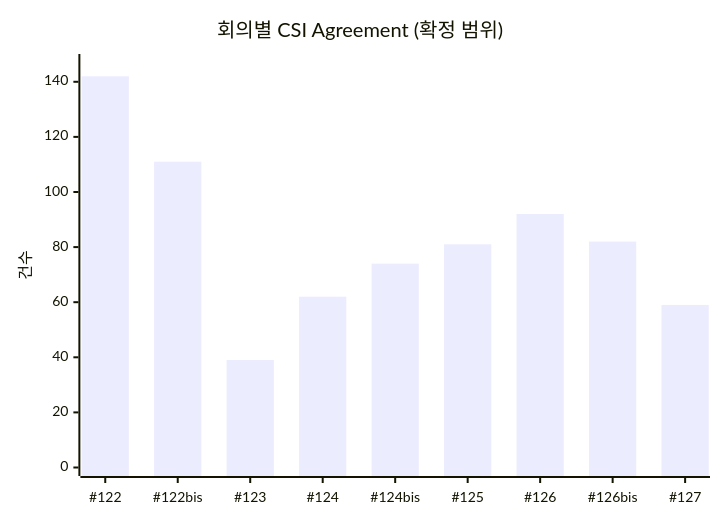
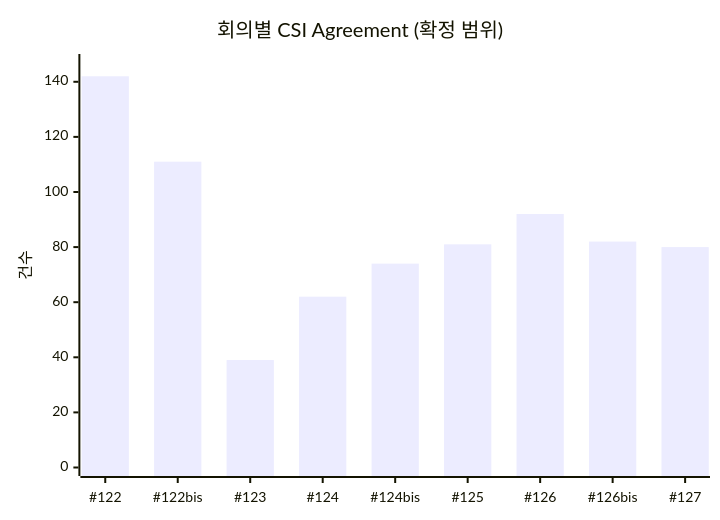
One commit to jgunmoon/RAN1-CSI-Dashboard changed the diagram in reports/README.md. Above: the diagram before and after it, drawn with Mermaid. The commit also changed other lines of this file and 9 other files, not shown here.

````diff
--- a/reports/README.md
+++ b/reports/README.md
@@ -52,7 +43,7 @@
 ```mermaid
 xychart-beta
     title "회의별 CSI Agreement (확정 범위)"
     x-axis ["#122", "#122bis", "#123", "#124", "#124bis", "#125", "#126", "#126bis", "#127"]
     y-axis "건수" 0 --> 147
-    bar [142, 111, 39, 62, 74, 81, 92, 82, 59]
+    bar [142, 111, 39, 62, 74, 81, 92, 82, 80]
 ```
````
